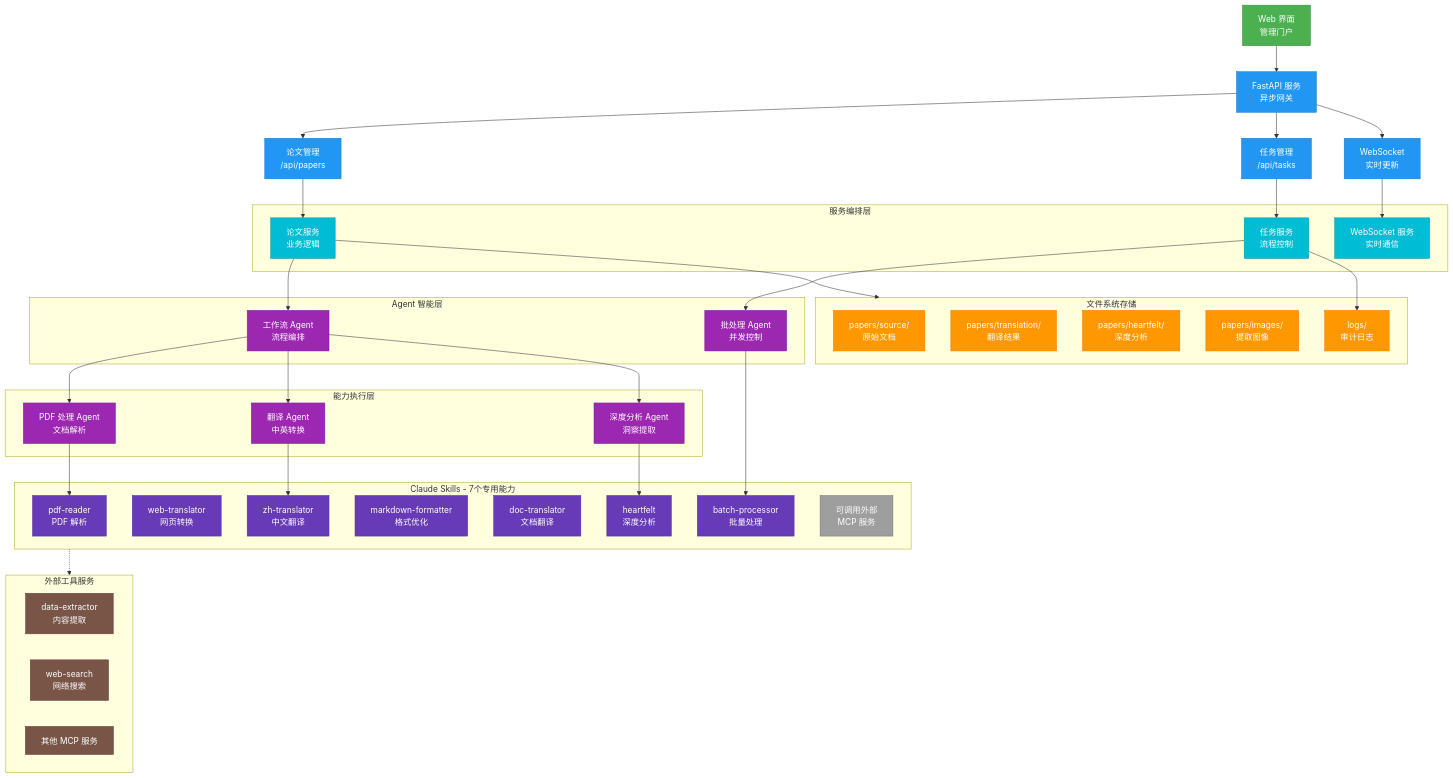
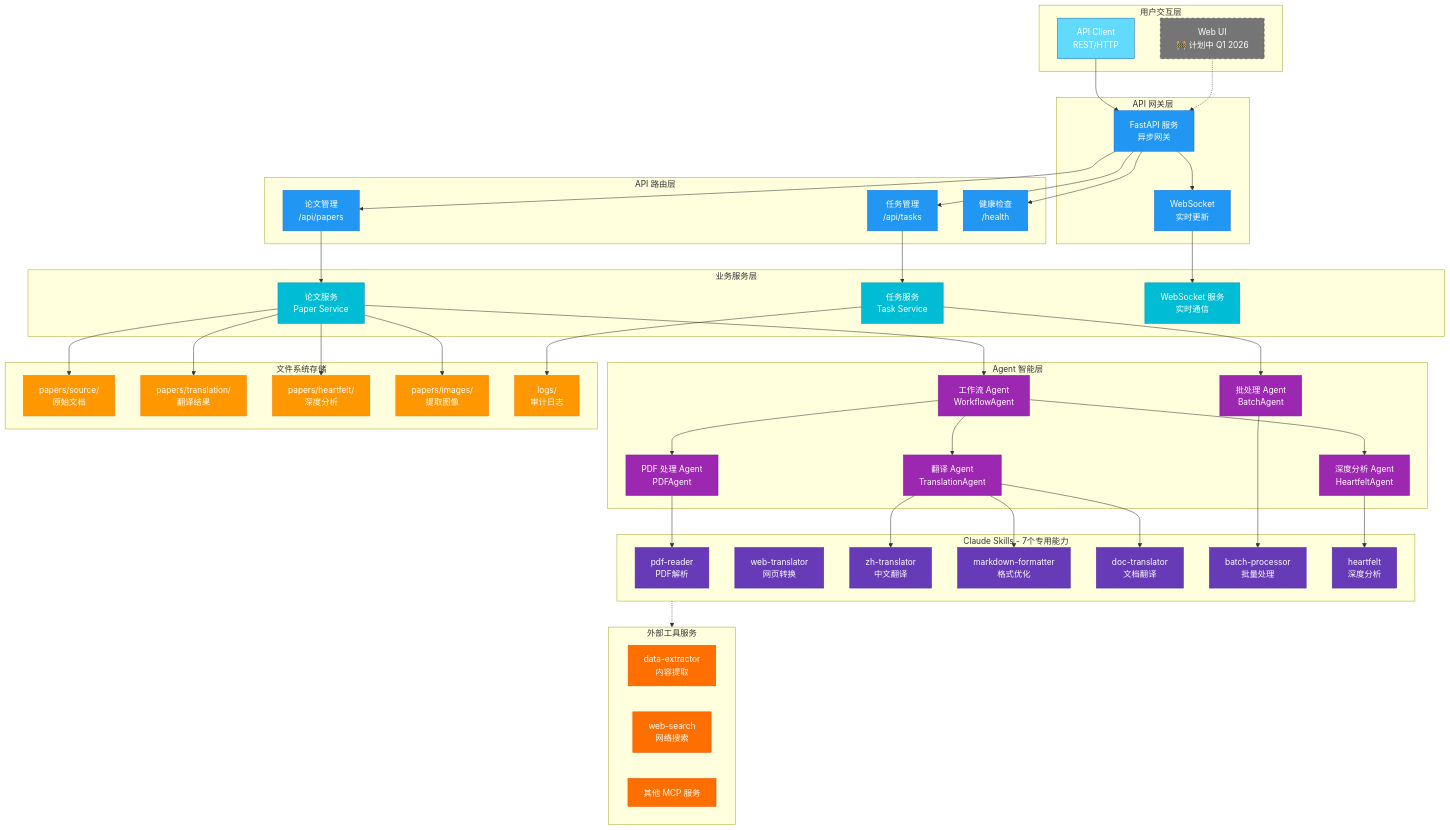
The first of 5 diagrams in docs/001-framework.md (ThreeFish-AI/agentic-ai-cognizes), drawn with Mermaid before and after one commit.

Commit message:
docs(framework): 同步系统架构图至最新版本
- 使用 README.md 中优化后的 7 层架构图替换旧版本
- 保留深色主题适配的配色方案
- 提升架构完备性和可视化效果
- 使用 subgraph 组织，提高可读性

🤖 Generated with [Claude Code](https://claude.ai/code)

````diff
--- a/docs/001-framework.md
+++ b/docs/001-framework.md
@@ -31,98 +31,116 @@
 ```mermaid
 flowchart TD
     %% 用户交互层
-    A[Web 界面<br/>管理门户] --> B[FastAPI 服务<br/>异步网关]
-
-    %% API 路由层
-    B --> C[论文管理<br/>/api/papers]
-    B --> D[任务管理<br/>/api/tasks]
-    B --> W[WebSocket<br/>实时更新]
-
-    %% 服务编排层
-    subgraph Orchestration [服务编排层]
-        S1[论文服务<br/>业务逻辑]
-        S2[任务服务<br/>流程控制]
-        S3[WebSocket 服务<br/>实时通信]
+    subgraph UserLayer [用户交互层]
+        A[API Client<br/>REST/HTTP]
+        B[Web UI<br/>🚧 计划中 Q1 2026]
     end
 
-    C --> S1
-    D --> S2
-    W --> S3
-
-    %% Agent 协调层
-    subgraph AgentLayer [Agent 智能层]
-        G1[工作流 Agent<br/>流程编排]
-        G2[批处理 Agent<br/>并发控制]
+    %% API 网关层
+    subgraph GatewayLayer [API 网关层]
+        C[FastAPI 服务<br/>异步网关]
+        D[WebSocket<br/>实时更新]
     end
 
-    S1 --> G1
-    S2 --> G2
-
-    %% 能力执行层
-    subgraph CapabilityLayer [能力执行层]
-        C1[PDF 处理 Agent<br/>文档解析]
-        C2[翻译 Agent<br/>中英转换]
-        C3[深度分析 Agent<br/>洞察提取]
+    %% 路由层
+    subgraph RouteLayer [API 路由层]
+        E[论文管理<br/>/api/papers]
+        F[任务管理<br/>/api/tasks]
+        G[健康检查<br/>/health]
     end
 
-    G1 --> C1
-    G1 --> C2
-    G1 --> C3
-
-    %% Claude Skills (通过 Fallback 实现)
-    subgraph Skills [Claude Skills - 7个专用能力]
-        SK1[pdf-reader<br/>PDF 解析]
-        SK2[web-translator<br/>网页转换]
-        SK3[zh-translator<br/>中文翻译]
-        SK4[markdown-formatter<br/>格式优化]
-        SK5[doc-translator<br/>文档翻译]
-        SK6[batch-processor<br/>批量处理]
-        SK7[heartfelt<br/>深度分析]
-        NOTE[可调用外部<br/>MCP 服务]
+    %% 服务层
+    subgraph ServiceLayer [业务服务层]
+        H[论文服务<br/>Paper Service]
+        I[任务服务<br/>Task Service]
+        J[WebSocket 服务<br/>实时通信]
     end
 
-    C1 --> SK1
-    C2 --> SK3
-    C3 --> SK7
-    G2 --> SK6
-
-    %% 外部工具服务（可选）
-    subgraph ExternalTools [外部工具服务]
-        T1[data-extractor<br/>内容提取]
-        T2[web-search<br/>网络搜索]
-        T3[其他 MCP 服务]
+    %% Agent 智能层
+    subgraph AgentLayer [Agent 智能层]
+        K[工作流 Agent<br/>WorkflowAgent]
+        L[批处理 Agent<br/>BatchAgent]
+        M[PDF 处理 Agent<br/>PDFAgent]
+        N[翻译 Agent<br/>TranslationAgent]
+        O[深度分析 Agent<br/>HeartfeltAgent]
     end
 
-    Skills -.-> ExternalTools
+    %% Claude Skills 能力层
+    subgraph SkillLayer [Claude Skills - 7个专用能力]
+        P[pdf-reader<br/>PDF解析]
+        Q[web-translator<br/>网页转换]
+        R[zh-translator<br/>中文翻译]
+        S[markdown-formatter<br/>格式优化]
+        T[doc-translator<br/>文档翻译]
+        U[batch-processor<br/>批量处理]
+        V[heartfelt<br/>深度分析]
+    end
+
+    %% 外部工具层
+    subgraph ExternalLayer [外部工具服务]
+        W[data-extractor<br/>内容提取]
+        X[web-search<br/>网络搜索]
+        Y[其他 MCP 服务]
+    end
 
     %% 存储层
-    subgraph Storage [文件系统存储]
-        F1[papers/source/<br/>原始文档]
-        F2[papers/translation/<br/>翻译结果]
-        F3[papers/heartfelt/<br/>深度分析]
-        F4[papers/images/<br/>提取图像]
-        F5[logs/<br/>审计日志]
+    subgraph StorageLayer [文件系统存储]
+        Z1[papers/source/<br/>原始文档]
+        Z2[papers/translation/<br/>翻译结果]
+        Z3[papers/heartfelt/<br/>深度分析]
+        Z4[papers/images/<br/>提取图像]
+        Z5[logs/<br/>审计日志]
     end
 
-    S1 --> Storage
-    S2 --> F5
+    %% 连接关系
+    A --> C
+    B -.-> C
+    C --> D
+    C --> E
+    C --> F
+    C --> G
 
-    %% 样式定义
-    classDef ui fill:#4CAF50,stroke:#388E3C,color:#fff
+    E --> H
+    F --> I
+    D --> J
+
+    H --> K
+    I --> L
+    K --> M
+    K --> N
+    K --> O
+    L --> U
+
+    M --> P
+    N --> R
+    N --> S
+    N --> T
+    O --> V
+
+    SkillLayer -.-> ExternalLayer
+
+    H --> Z1
+    H --> Z2
+    H --> Z3
+    H --> Z4
+    I --> Z5
+
+    %% 样式定义 - 深色主题适配
+    classDef userUI fill:#61DAFB,stroke:#2171B5,color:#fff
     classDef api fill:#2196F3,stroke:#1976D2,color:#fff
     classDef service fill:#00BCD4,stroke:#0097A7,color:#fff
     classDef agent fill:#9C27B0,stroke:#7B1FA2,color:#fff
     classDef skill fill:#673AB7,stroke:#512DA8,color:#fff
-    classDef note fill:#9E9E9E,stroke:#757575,color:#fff
-    classDef tool fill:#795548,stroke:#5D4037,color:#fff
+    classDef tool fill:#FF6F00,stroke:#E65100,color:#fff
     classDef storage fill:#FF9800,stroke:#F57C00,color:#fff
+    classDef planned fill:#757575,stroke:#424242,color:#fff,stroke-dasharray: 5 5
 
-    class A ui
-    class B,C,D,W api
-    class S1,S2,S3 service
-    class G1,G2,C1,C2,C3 agent
-    class SK1,SK2,SK3,SK4,SK5,SK6,SK7 skill
-    class NOTE note
-    class T1,T2,T3 tool
-    class F1,F2,F3,F4,F5 storage
+    class A,B userUI
+    class C,D,E,F,G api
+    class H,I,J service
+    class K,L,M,N,O agent
+    class P,Q,R,S,T,U,V skill
+    class W,X,Y tool
+    class Z1,Z2,Z3,Z4,Z5 storage
+    class B planned
 ```
````
